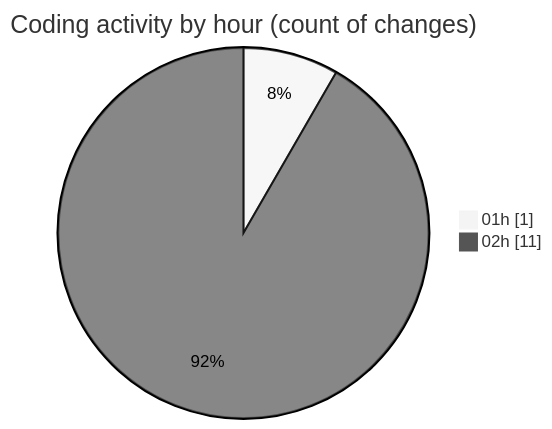
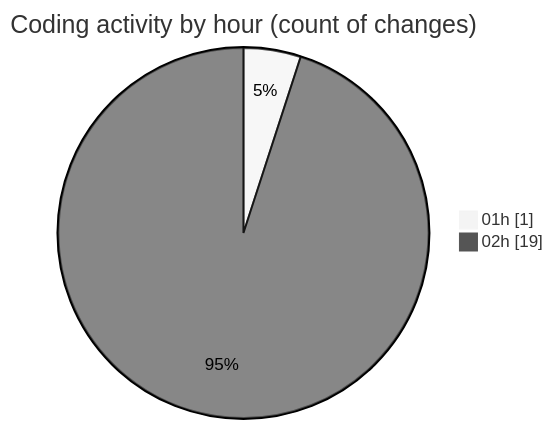
Before and after one commit to donsfak/code-tracking: the second of 2 diagrams in 2025-02-21/uber_clone/README.md, drawn with Mermaid (neutral theme). The commit also changed other lines of this file and 1 other file, not shown here.

````diff
--- a/2025-02-21/uber_clone/README.md
+++ b/2025-02-21/uber_clone/README.md
@@ -35,6 +35,6 @@
 ```mermaid
 pie showData
 title Coding activity by hour (count of changes)
 "01h" : 1
-"02h" : 11
+"02h" : 19
 ```
````
